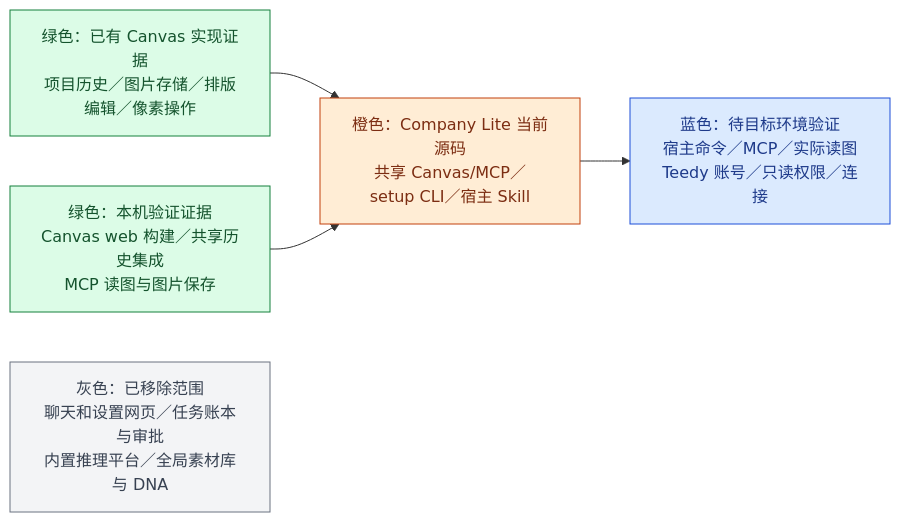
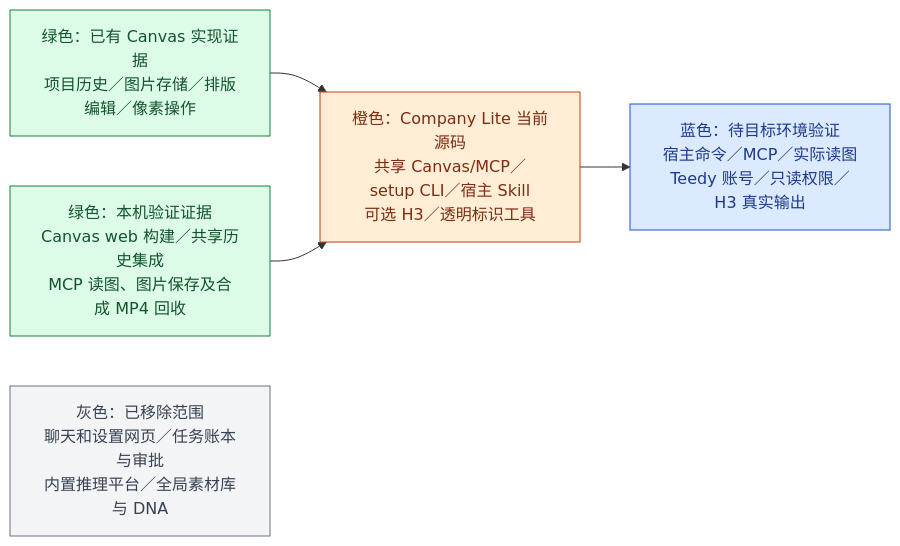
The diagram in docs/工程进度.md (akechi0819-lgtm/creative-Agent-studio), drawn with Mermaid before and after one commit. The commit also changed other lines of this file and 24 other files, not shown here.

Commit message:
feat: complete lite H3 canvas generation and verified local video save

````diff
--- a/docs/工程进度.md
+++ b/docs/工程进度.md
@@ -15,15 +26,15 @@
 ```mermaid
 flowchart LR
-  HISTORY["绿色：已有 Canvas 实现证据<br/>项目历史／图片存储／排版编辑／像素操作"] --> CURRENT["橙色：Company Lite 当前源码<br/>共享 Canvas/MCP／setup CLI／宿主 Skill"]
-  LOCAL["绿色：本机验证证据<br/>Canvas web 构建／共享历史集成<br/>MCP 读图与图片保存"] --> CURRENT
-  CURRENT --> HOST["蓝色：待目标环境验证<br/>宿主命令／MCP／实际读图<br/>Teedy 账号／只读权限／连接"]
+  HISTORY["绿色：已有 Canvas 实现证据<br/>项目历史／图片存储／排版编辑／像素操作"] --> CURRENT["橙色：Company Lite 当前源码<br/>共享 Canvas/MCP／setup CLI／宿主 Skill<br/>可选 H3／透明标识工具"]
+  LOCAL["绿色：本机验证证据<br/>Canvas web 构建／共享历史集成<br/>MCP 读图、图片保存及合成 MP4 回收"] --> CURRENT
+  CURRENT --> HOST["蓝色：待目标环境验证<br/>宿主命令／MCP／实际读图<br/>Teedy 账号／只读权限／H3 真实输出"]
   REMOVE["灰色：已移除范围<br/>聊天和设置网页／任务账本与审批<br/>内置推理平台／全局素材库与 DNA"]
   classDef verified fill:#dcfce7,stroke:#15803d,color:#14532d
   classDef current fill:#ffedd5,stroke:#c2410c,color:#7c2d12
   classDef pending fill:#dbeafe,stroke:#1d4ed8,color:#1e3a8a
   classDef removed fill:#f3f4f6,stroke:#6b7280,color:#374151
   class HISTORY,LOCAL verified
   class CURRENT current
   class HOST pending
   class REMOVE removed
 ```
````
